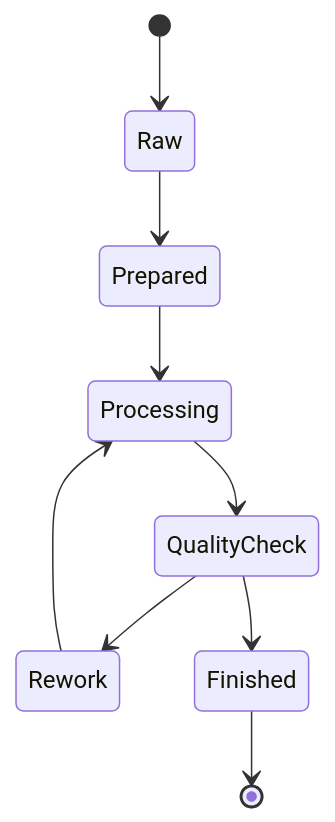
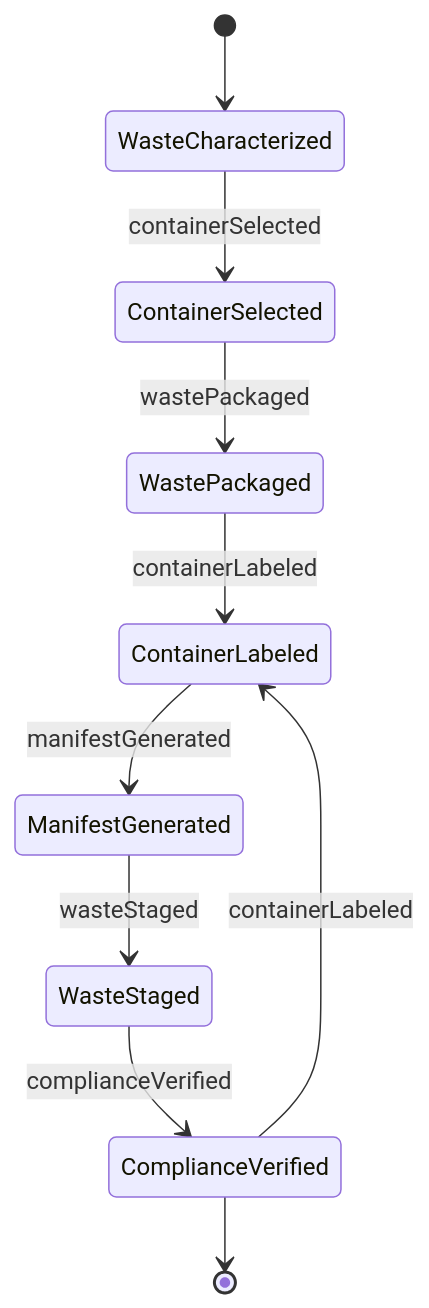
One commit to dot-org-ai/tasks.org.ai changed the second of 4 diagrams in HandlingAndMovingObjects/PrepareIndustrialMaterialsForProcessingOrUse/PrepareHazardousWasteProcessingDisposal.mdx. Above: the diagram before and after it, drawn with Mermaid. The commit also changed other lines of this file and 515 other files, not shown here.

````diff
--- a/HandlingAndMovingObjects/PrepareIndustrialMaterialsForProcessingOrUse/PrepareHazardousWasteProcessingDisposal.mdx
+++ b/HandlingAndMovingObjects/PrepareIndustrialMaterialsForProcessingOrUse/PrepareHazardousWasteProcessingDisposal.mdx
@@ -101,11 +102,12 @@
 ```mermaid
 stateDiagram-v2
-    [*] --> Raw
-    Raw --> Prepared
-    Prepared --> Processing
-    Processing --> QualityCheck
-    QualityCheck --> Rework
-    Rework --> Processing
-    QualityCheck --> Finished
-    Finished --> [*]
+    [*] --> WasteCharacterized
+    WasteCharacterized --> ContainerSelected : containerSelected
+    ContainerSelected --> WastePackaged : wastePackaged
+    WastePackaged --> ContainerLabeled : containerLabeled
+    ContainerLabeled --> ManifestGenerated : manifestGenerated
+    ManifestGenerated --> WasteStaged : wasteStaged
+    WasteStaged --> ComplianceVerified : complianceVerified
+    ComplianceVerified --> ContainerLabeled : containerLabeled
+    ComplianceVerified --> [*]
 ```
````
